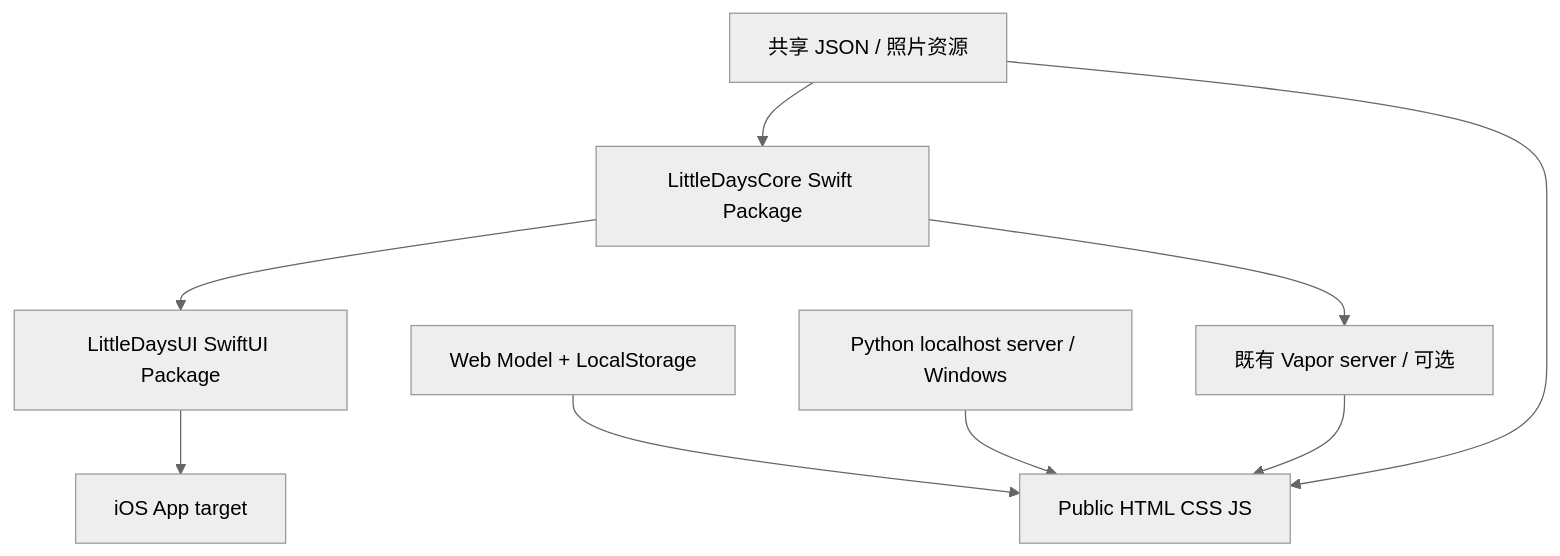
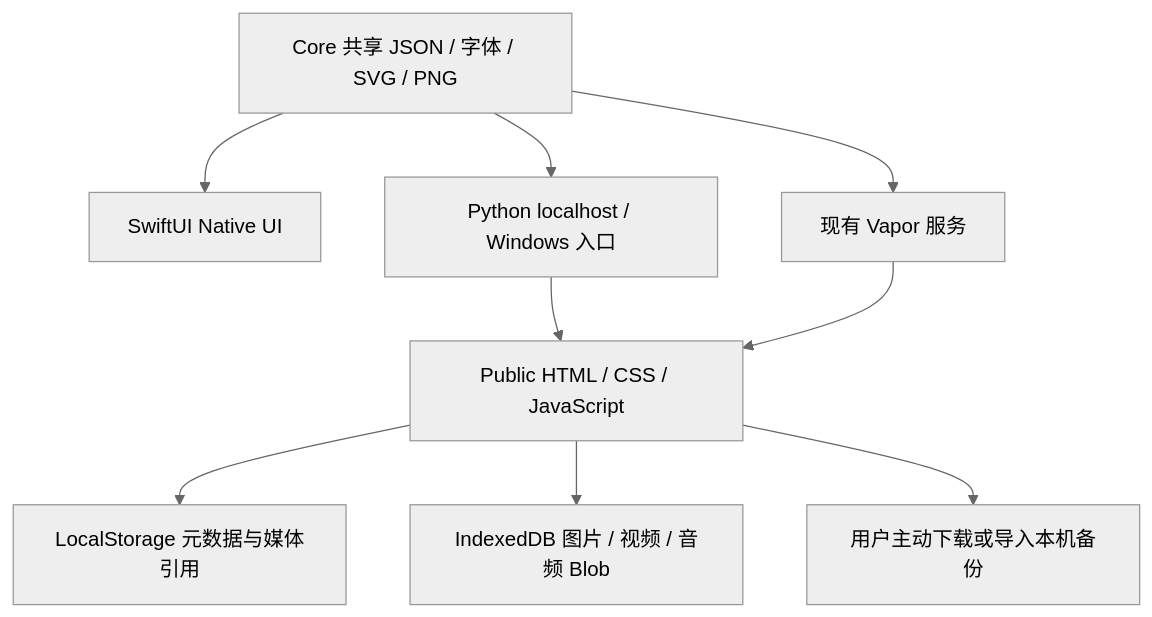
The diagram in docs/ARCHITECTURE.md (jessiethere/Notebook), drawn with Mermaid (neutral theme) before and after one commit. The commit also changed other lines of this file and 110 other files, not shown here.

Commit message:
feat: upgrade Little Days personal journals with covers, licensed assets, local media and bilingual UI

````diff
--- a/docs/ARCHITECTURE.md
+++ b/docs/ARCHITECTURE.md
@@ -20,11 +11,11 @@
 ```mermaid
 flowchart TD
-  Core[LittleDaysCore Swift Package] --> Native[LittleDaysUI SwiftUI Package]
-  Native --> App[iOS App target]
-  Resources[共享 JSON / 照片资源] --> Core
-  Resources --> Web[Public HTML CSS JS]
-  Model[Web Model + LocalStorage] --> Web
-  Python[Python localhost server / Windows] --> Web
-  Vapor[既有 Vapor server / 可选] --> Web
-  Core --> Vapor
+  Resources[Core 共享 JSON / 字体 / SVG / PNG] --> Native[SwiftUI Native UI]
+  Resources --> Python[Python localhost / Windows 入口]
+  Resources --> Vapor[现有 Vapor 服务]
+  Python --> Web[Public HTML / CSS / JavaScript]
+  Vapor --> Web
+  Web --> Metadata[LocalStorage 元数据与媒体引用]
+  Web --> Blobs[IndexedDB 图片 / 视频 / 音频 Blob]
+  Web --> Backup[用户主动下载或导入本机备份]
 ```
````
